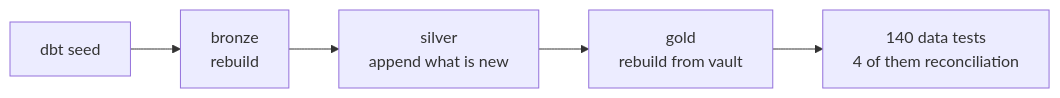
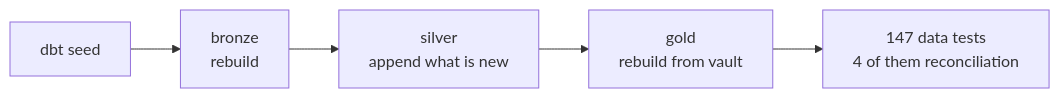
The fourth of 4 diagrams in docs/architecture.md (juliuschaesar-dev/datavault-dbt), drawn with Mermaid before and after one commit. The commit also changed other lines of this file and 16 other files, not shown here.

````diff
--- a/docs/architecture.md
+++ b/docs/architecture.md
@@ -269,7 +269,7 @@
 ```mermaid
 flowchart LR
     A["dbt seed"] --> B["bronze<br/>rebuild"]
     B --> C["silver<br/>append what is new"]
     C --> D["gold<br/>rebuild from vault"]
-    D --> E["140 data tests<br/>4 of them reconciliation"]
+    D --> E["147 data tests<br/>4 of them reconciliation"]
 ```
````
